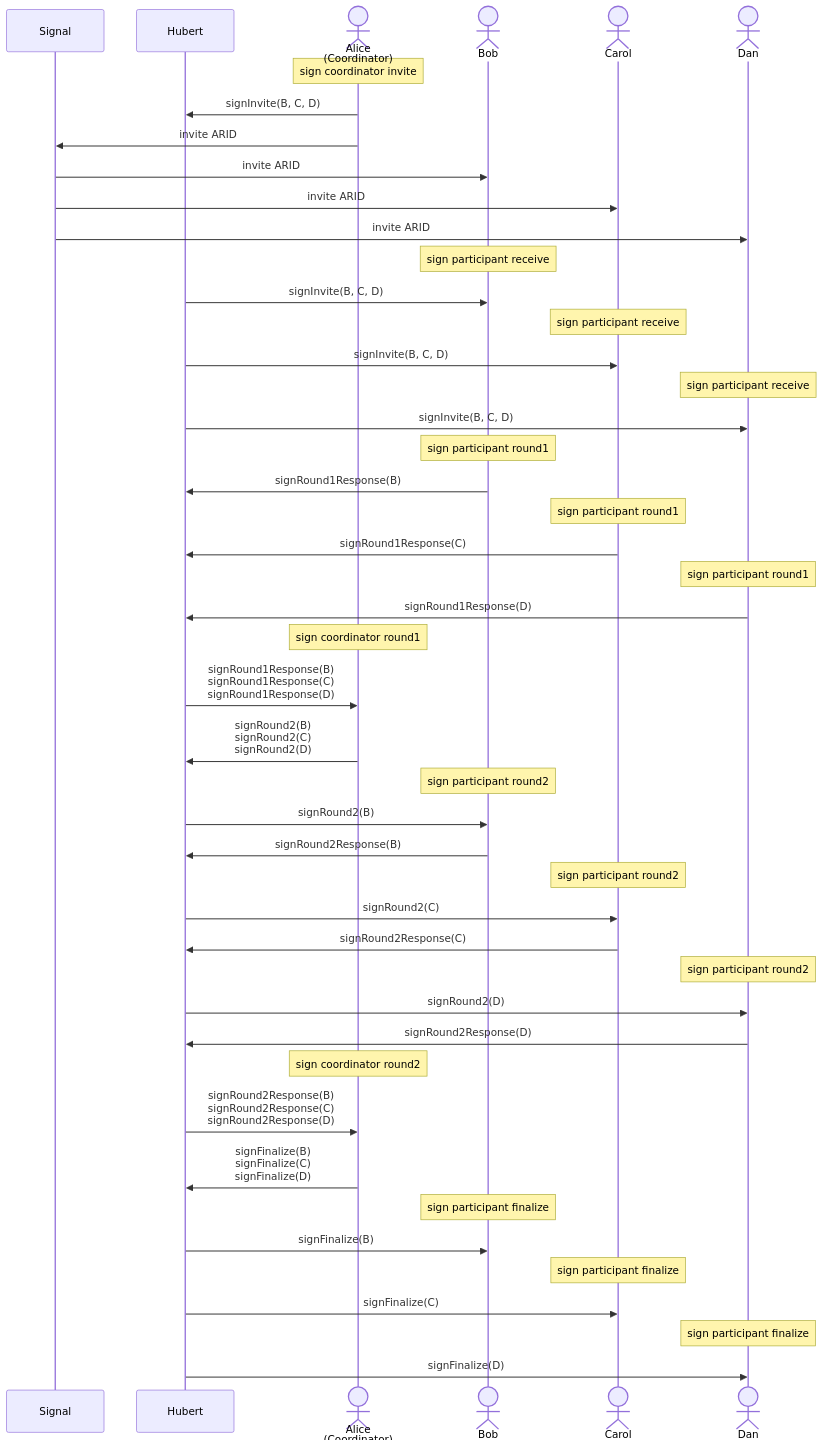
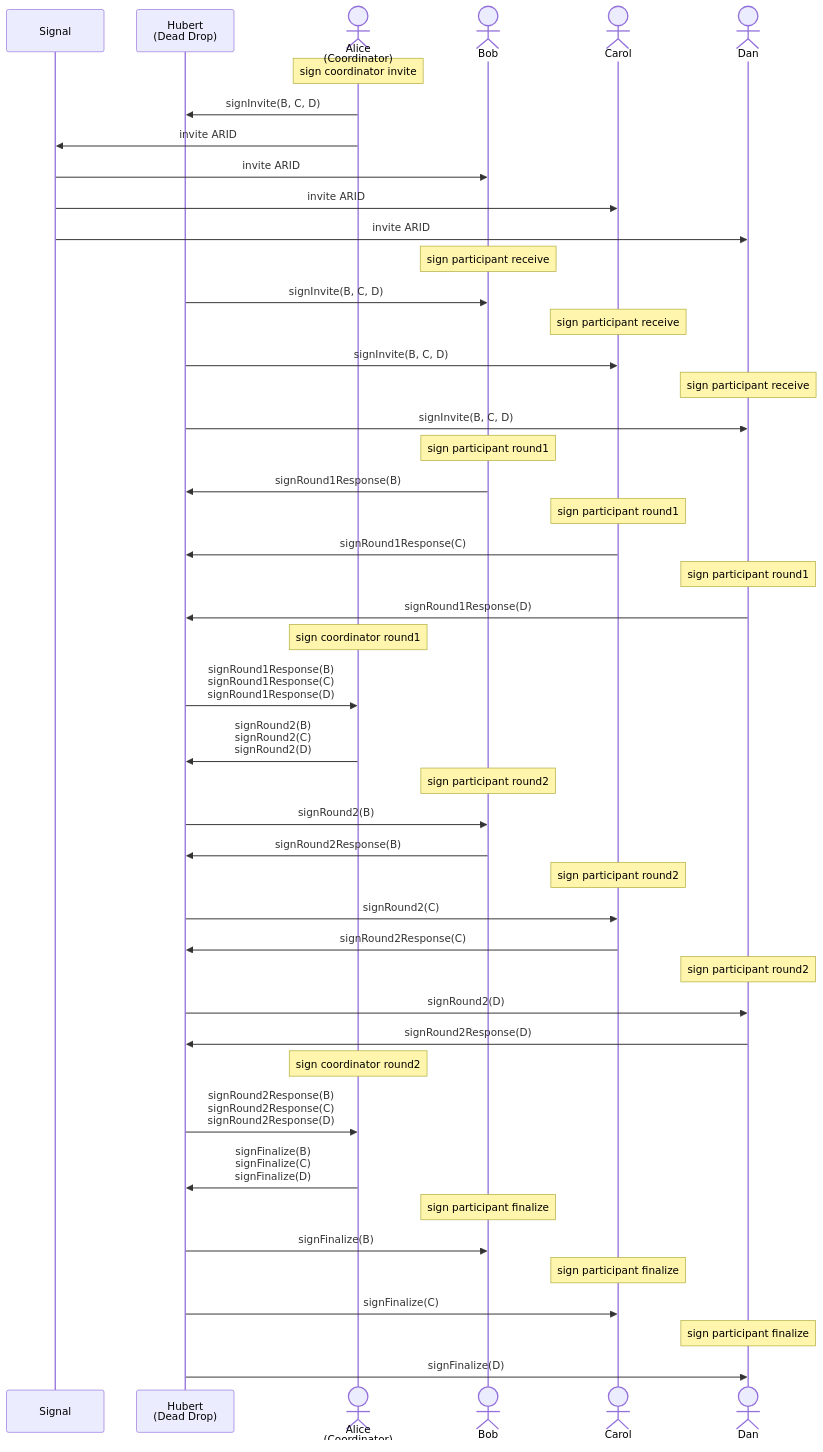
Before and after one commit to BlockchainCommons/frost-hubert-rust: the third of 3 diagrams in sequence-diagram.md, drawn with Mermaid. The commit also changed other lines of this file and 11 other files, not shown here.

````diff
--- a/sequence-diagram.md
+++ b/sequence-diagram.md
@@ -98,63 +98,63 @@
 ```mermaid
 sequenceDiagram
     participant S as Signal
-    participant H as Hubert
+    participant H as Hubert<br/>(Dead Drop)
     actor A as Alice<br/>(Coordinator)
     actor B as Bob
     actor C as Carol
     actor D as Dan
 
     note over A: sign coordinator invite
     A->>H: signInvite(B, C, D)
     A->>S: invite ARID
     S->>B: invite ARID
     S->>C: invite ARID
     S->>D: invite ARID
 
     note over B: sign participant receive
     H->>B: signInvite(B, C, D)
 
     note over C: sign participant receive
     H->>C: signInvite(B, C, D)
 
     note over D: sign participant receive
     H->>D: signInvite(B, C, D)
 
     note over B: sign participant round1
     B->>H: signRound1Response(B)
 
     note over C: sign participant round1
     C->>H: signRound1Response(C)
 
     note over D: sign participant round1
     D->>H: signRound1Response(D)
 
     note over A: sign coordinator round1
     H->>A: signRound1Response(B)<br/>signRound1Response(C)<br/>signRound1Response(D)
     A->>H: signRound2(B)<br/>signRound2(C)<br/>signRound2(D)
 
     note over B: sign participant round2
     H->>B: signRound2(B)
     B->>H: signRound2Response(B)
 
     note over C: sign participant round2
     H->>C: signRound2(C)
     C->>H: signRound2Response(C)
 
     note over D: sign participant round2
     H->>D: signRound2(D)
     D->>H: signRound2Response(D)
 
     note over A: sign coordinator round2
     H->>A: signRound2Response(B)<br/>signRound2Response(C)<br/>signRound2Response(D)
     A->>H: signFinalize(B)<br/>signFinalize(C)<br/>signFinalize(D)
 
     note over B: sign participant finalize
     H->>B: signFinalize(B)
 
     note over C: sign participant finalize
     H->>C: signFinalize(C)
 
     note over D: sign participant finalize
     H->>D: signFinalize(D)
 ```
````
